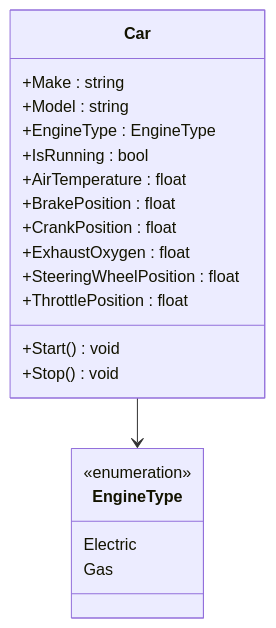
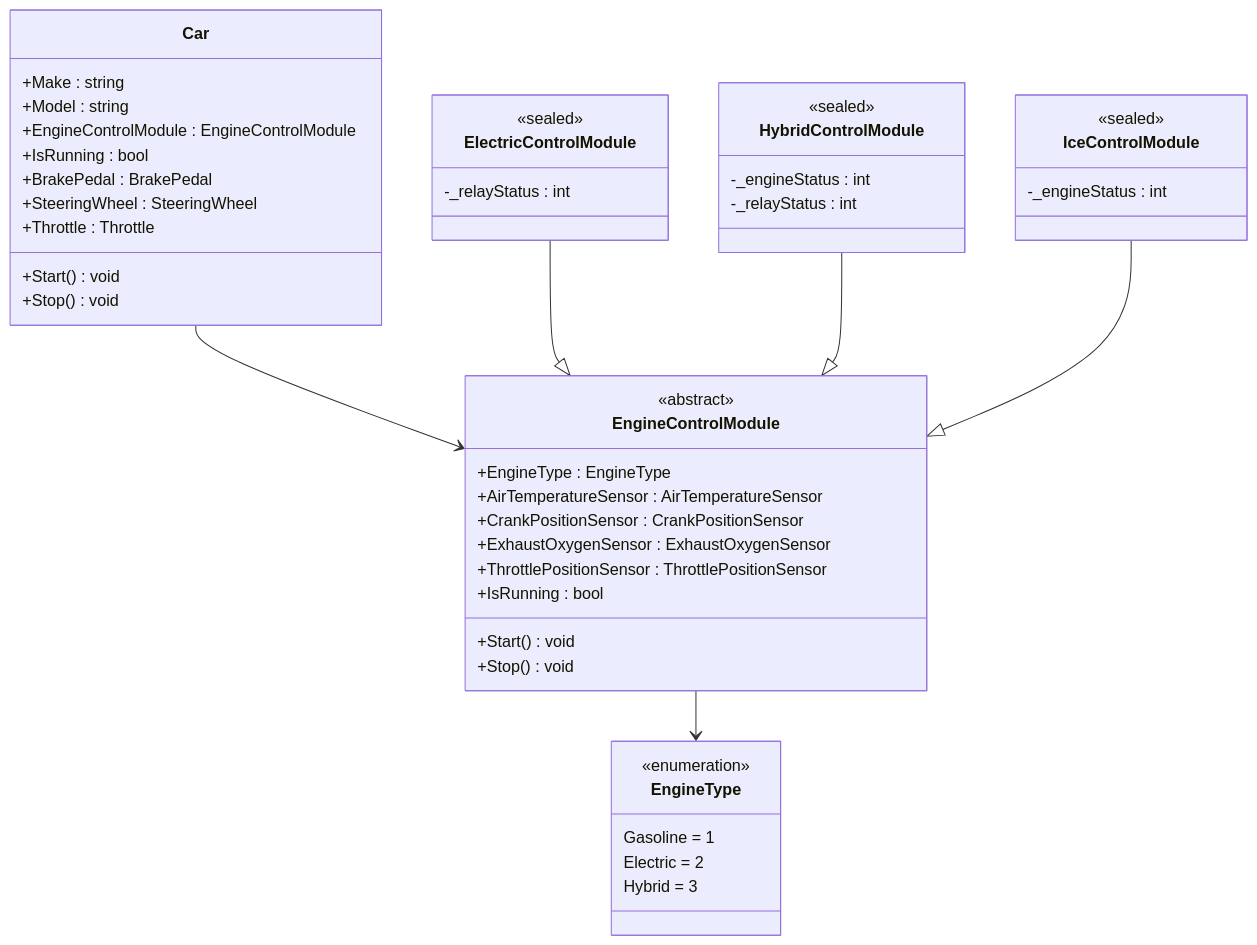
One commit to MelGrubb/ps-oo-cs10 changed the diagram in 04-solid.md. Above: the diagram before and after it, drawn with Mermaid. The commit also changed other lines of this file and 9 other files, not shown here.

````diff
--- a/04-solid.md
+++ b/04-solid.md
@@ -7,24 +7,54 @@
 ```mermaid
 classDiagram
 	class Car {
 		+Make : string
 		+Model : string
-		+EngineType : EngineType
+		+EngineControlModule : EngineControlModule
 		+IsRunning : bool
-		+AirTemperature : float
-		+BrakePosition : float
-		+CrankPosition : float
-		+ExhaustOxygen : float
-		+SteeringWheelPosition : float
-		+ThrottlePosition : float
+		+BrakePedal : BrakePedal
+		+SteeringWheel : SteeringWheel
+		+Throttle : Throttle
 		+Start() void
 		+Stop() void
 	}
-	Car --> EngineType
+	Car --> EngineControlModule
+
+	class EngineControlModule {
+		<<abstract>>
+		+EngineType : EngineType
+		+AirTemperatureSensor : AirTemperatureSensor
+		+CrankPositionSensor : CrankPositionSensor
+		+ExhaustOxygenSensor : ExhaustOxygenSensor
+		+ThrottlePositionSensor : ThrottlePositionSensor
+		+IsRunning : bool
+		+Start() void
+		+Stop() void
+	}
+	EngineControlModule --> EngineType
+
+	class ElectricControlModule {
+		<<sealed>>
+		-_relayStatus : int
+	}
+	ElectricControlModule --|> EngineControlModule
+
+	class HybridControlModule {
+		<<sealed>>
+		-_engineStatus : int
+		-_relayStatus : int
+	}
+	HybridControlModule --|> EngineControlModule
+
+	class IceControlModule {
+		<<sealed>>
+		-_engineStatus : int
+	}
+	IceControlModule --|> EngineControlModule
 
 	class EngineType {
 		<<enumeration>>
-		Electric
-		Gas
+		Gasoline = 1
+		Electric = 2
+		Hybrid = 3
 	}
 ```
````
